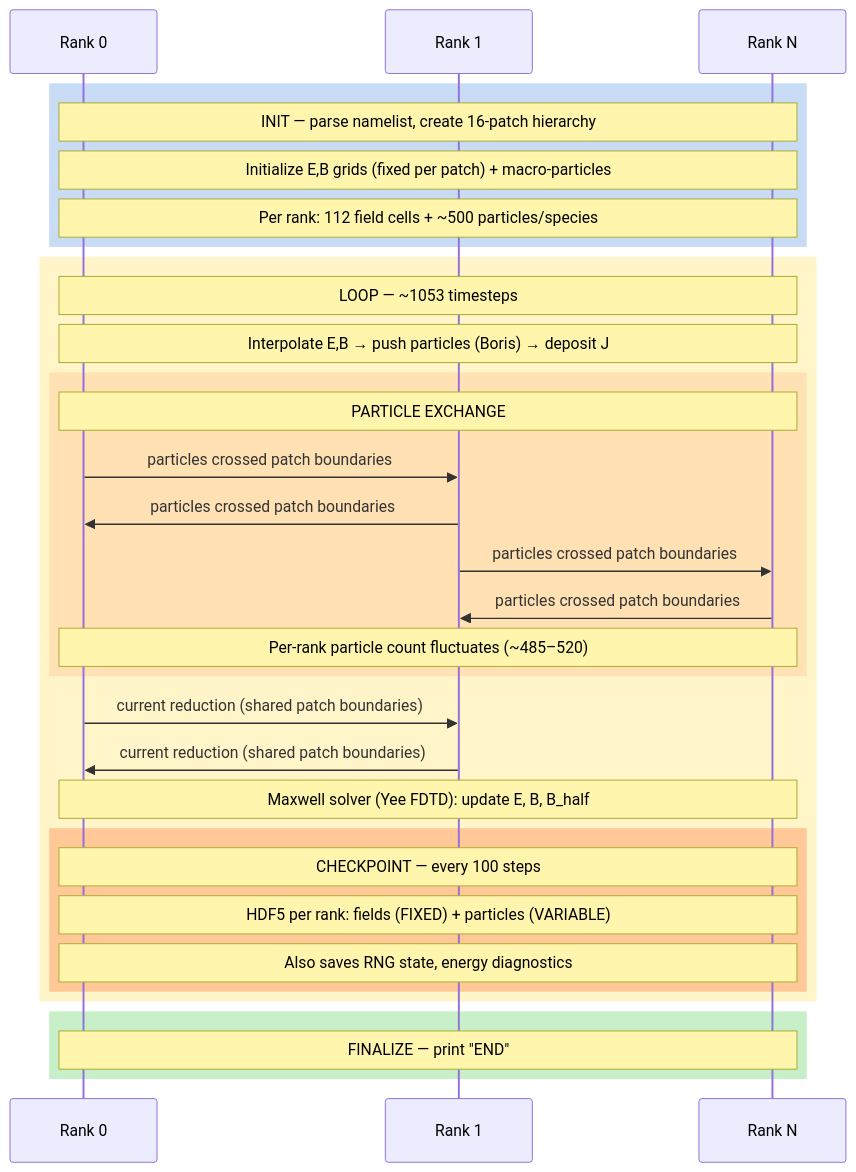
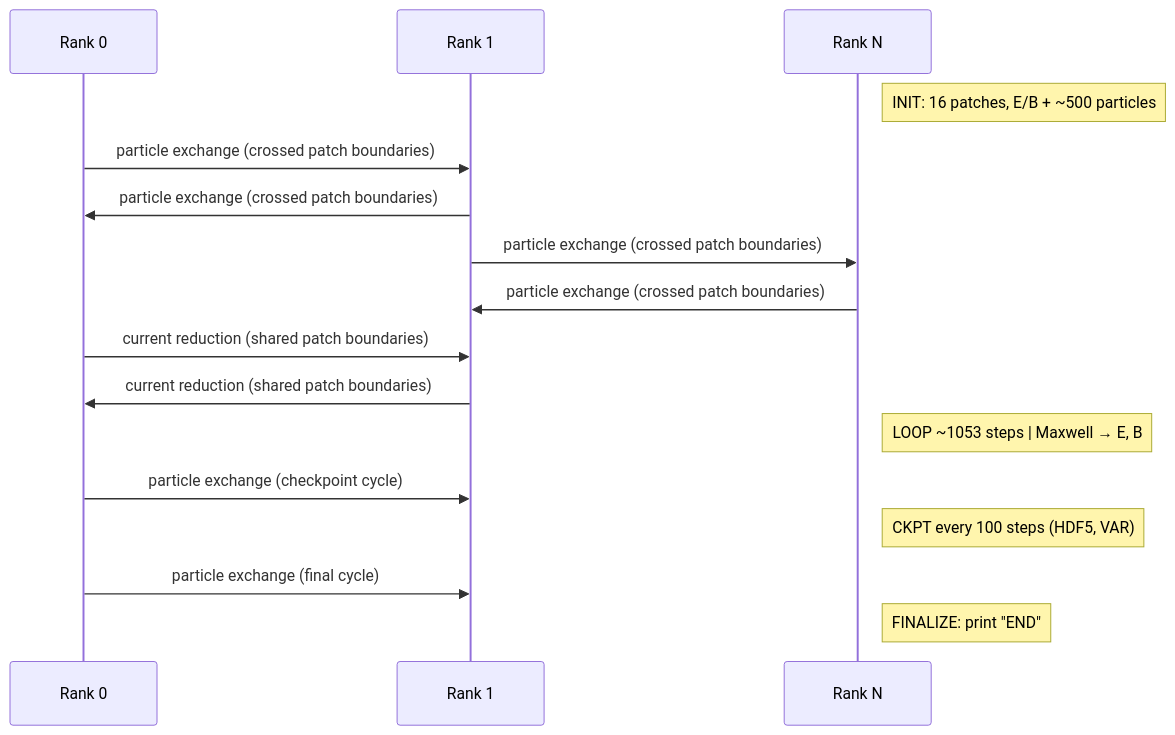
One commit to ngduchai/guard-agent changed the third of 3 diagrams in tests/apps/docs/Smilei/README.md. Above: the diagram before and after it, drawn with Mermaid. The commit also changed other lines of this file and 43 other files, not shown here.

````diff
--- a/tests/apps/docs/Smilei/README.md
+++ b/tests/apps/docs/Smilei/README.md
@@ -122,40 +121,22 @@
 ```mermaid
 sequenceDiagram
     participant R0 as Rank 0
     participant R1 as Rank 1
     participant RN as Rank N
 
-    rect rgb(200, 220, 245)
-        Note over R0,RN: INIT — parse namelist, create 16-patch hierarchy
-        Note over R0,RN: Initialize E,B grids (fixed per patch) + macro-particles
-        Note over R0,RN: Per rank: 112 field cells + ~500 particles/species
-    end
+    Note right of RN: INIT: 16 patches, E/B + ~500 particles
 
-    rect rgb(255, 245, 200)
-        Note over R0,RN: LOOP — ~1053 timesteps
-        Note over R0,RN: Interpolate E,B → push particles (Boris) → deposit J
+    R0->>R1: particle exchange (crossed patch boundaries)
+    R1->>R0: particle exchange (crossed patch boundaries)
+    R1->>RN: particle exchange (crossed patch boundaries)
+    RN->>R1: particle exchange (crossed patch boundaries)
+    R0->>R1: current reduction (shared patch boundaries)
+    R1->>R0: current reduction (shared patch boundaries)
+    Note right of RN: LOOP ~1053 steps | Maxwell → E, B
 
-        rect rgb(255, 225, 180)
-            Note over R0,RN: PARTICLE EXCHANGE
-            R0->>R1: particles crossed patch boundaries
-            R1->>R0: particles crossed patch boundaries
-            R1->>RN: particles crossed patch boundaries
-            RN->>R1: particles crossed patch boundaries
-            Note over R0,RN: Per-rank particle count fluctuates (~485–520)
-        end
+    R0->>R1: particle exchange (checkpoint cycle)
+    Note right of RN: CKPT every 100 steps (HDF5, VAR)
 
-        R0->>R1: current reduction (shared patch boundaries)
-        R1->>R0: current reduction (shared patch boundaries)
-        Note over R0,RN: Maxwell solver (Yee FDTD): update E, B, B_half
-
-        rect rgb(255, 200, 150)
-            Note over R0,RN: CHECKPOINT — every 100 steps
-            Note over R0,RN: HDF5 per rank: fields (FIXED) + particles (VARIABLE)
-            Note over R0,RN: Also saves RNG state, energy diagnostics
-        end
-    end
-
-    rect rgb(200, 240, 200)
-        Note over R0,RN: FINALIZE — print "END"
-    end
+    R0->>R1: particle exchange (final cycle)
+    Note right of RN: FINALIZE: print "END"
 ```
````
